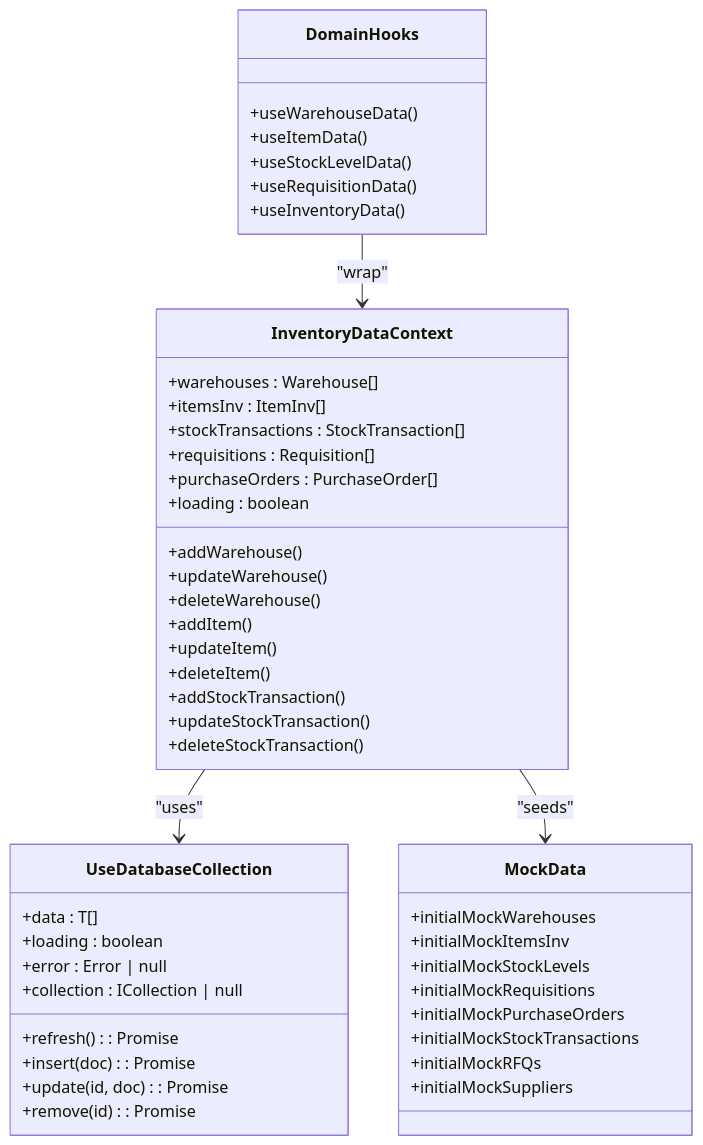
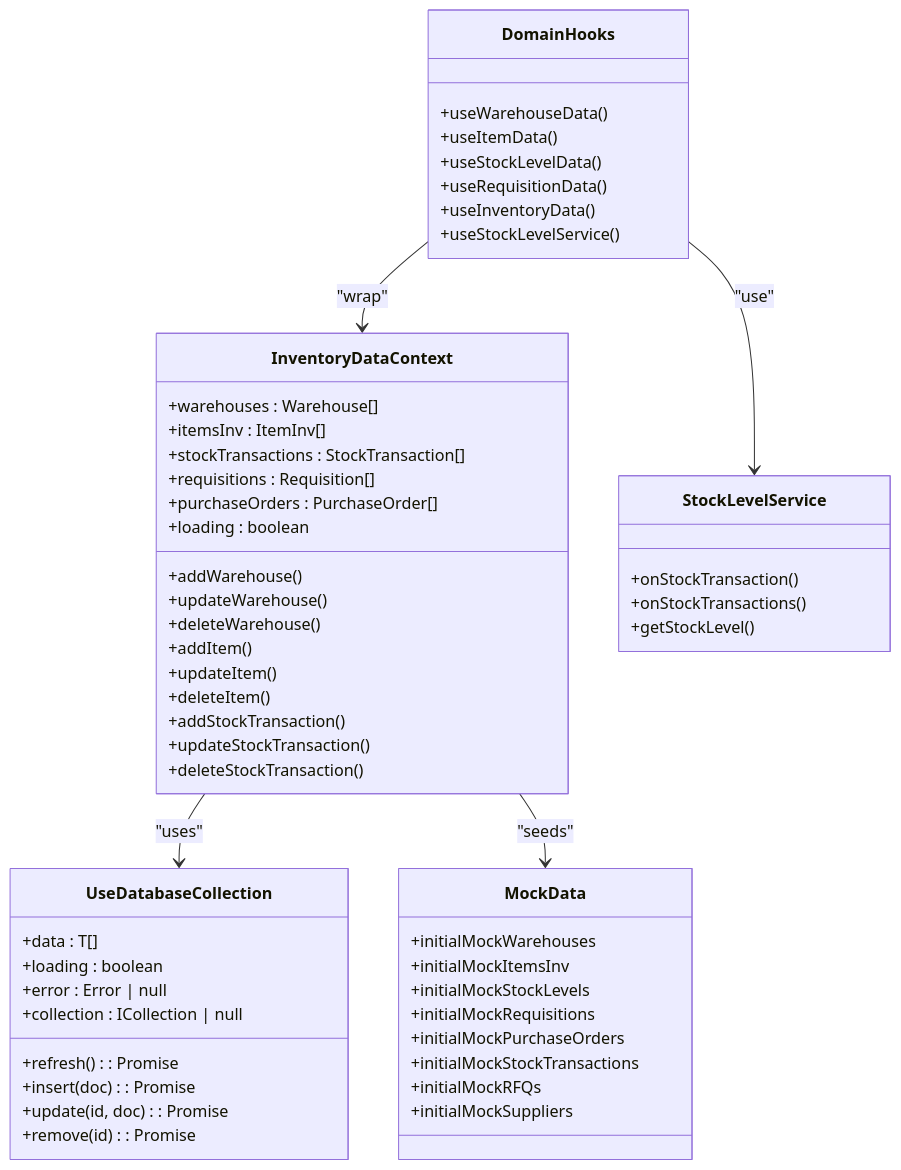
The eighth of 9 diagrams in .qoder/repowiki/en/content/Modules System/Inventory Module.md (geniusdynamics/schoolpilot), drawn with Mermaid before and after one commit. The commit also changed other lines of this file and 21 other files, not shown here.

````diff
--- a/.qoder/repowiki/en/content/Modules System/Inventory Module.md
+++ b/.qoder/repowiki/en/content/Modules System/Inventory Module.md
@@ -687,50 +751,57 @@
 ```mermaid
 classDiagram
 class InventoryDataContext {
 +warehouses : Warehouse[]
 +itemsInv : ItemInv[]
 +stockTransactions : StockTransaction[]
 +requisitions : Requisition[]
 +purchaseOrders : PurchaseOrder[]
 +loading : boolean
 +addWarehouse()
 +updateWarehouse()
 +deleteWarehouse()
 +addItem()
 +updateItem()
 +deleteItem()
 +addStockTransaction()
 +updateStockTransaction()
 +deleteStockTransaction()
 }
+class StockLevelService {
++onStockTransaction()
++onStockTransactions()
++getStockLevel()
+}
 class UseDatabaseCollection {
 +data : T[]
 +loading : boolean
 +error : Error | null
 +refresh() : Promise<void>
 +insert(doc) : Promise<T | null>
 +update(id, doc) : Promise<T | null>
 +remove(id) : Promise<boolean>
 +collection : ICollection<T> | null
 }
 class DomainHooks {
 +useWarehouseData()
 +useItemData()
 +useStockLevelData()
 +useRequisitionData()
 +useInventoryData()
++useStockLevelService()
 }
 class MockData {
 +initialMockWarehouses
 +initialMockItemsInv
 +initialMockStockLevels
 +initialMockRequisitions
 +initialMockPurchaseOrders
 +initialMockStockTransactions
 +initialMockRFQs
 +initialMockSuppliers
 }
 InventoryDataContext --> UseDatabaseCollection : "uses"
 InventoryDataContext --> MockData : "seeds"
 DomainHooks --> InventoryDataContext : "wrap"
+DomainHooks --> StockLevelService : "use"
 ```
````
